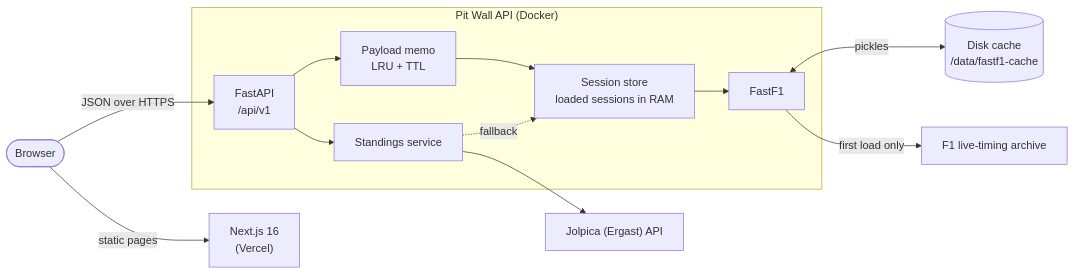
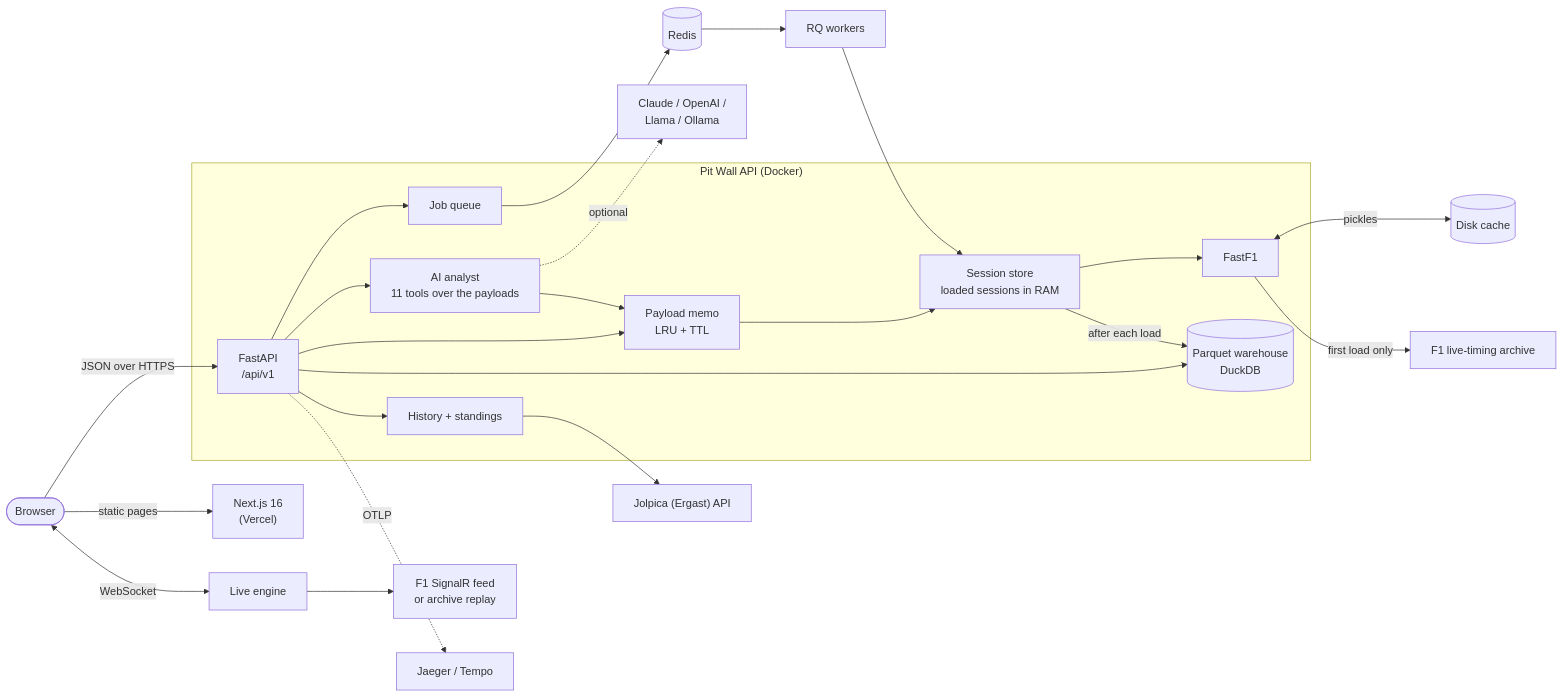
The first of 5 diagrams in README.md (ultron513/F1-Telemetry-Dashboard-2025), drawn with Mermaid before and after one commit. The commit also changed other lines of this file and 11 other files, not shown here.

````diff
--- a/README.md
+++ b/README.md
@@ -171,15 +273,24 @@
 ```mermaid
 flowchart LR
     U([Browser]) -->|"static pages"| W["Next.js 16<br/>(Vercel)"]
     U -->|"JSON over HTTPS"| A["FastAPI<br/>/api/v1"]
+    U <-->|"WebSocket"| LV["Live engine"]
     subgraph API ["Pit Wall API (Docker)"]
         A --> P["Payload memo<br/>LRU + TTL"]
         P --> S["Session store<br/>loaded sessions in RAM"]
         S --> F["FastF1"]
-        A --> ST["Standings service"]
+        A --> AI["AI analyst<br/>11 tools over the payloads"]
+        AI --> P
+        A --> WH[("Parquet warehouse<br/>DuckDB")]
+        S -->|"after each load"| WH
+        A --> Q["Job queue"]
+        A --> H["History + standings"]
     end
-    F <-->|"pickles"| C[("Disk cache<br/>/data/fastf1-cache")]
+    AI -. "optional" .-> LLM["Claude / OpenAI /<br/>Llama / Ollama"]
+    Q --> R[("Redis")] --> WK["RQ workers"] --> S
+    F <-->|"pickles"| C[("Disk cache")]
     F -->|"first load only"| LT["F1 live-timing archive"]
-    ST --> J["Jolpica (Ergast) API"]
-    ST -. "fallback" .-> S
+    LV --> SR["F1 SignalR feed<br/>or archive replay"]
+    H --> J["Jolpica (Ergast) API"]
+    A -. "OTLP" .-> OT["Jaeger / Tempo"]
 ```
````
